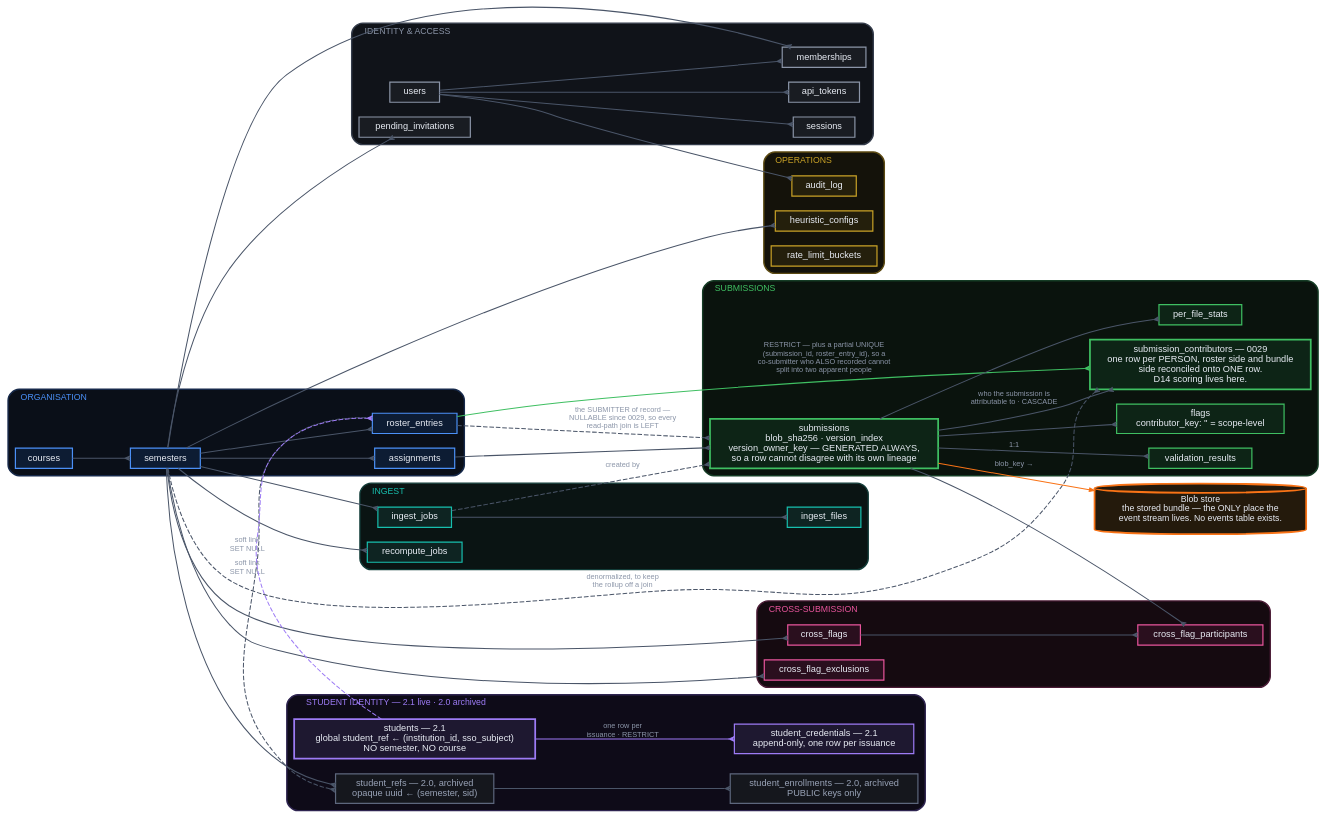
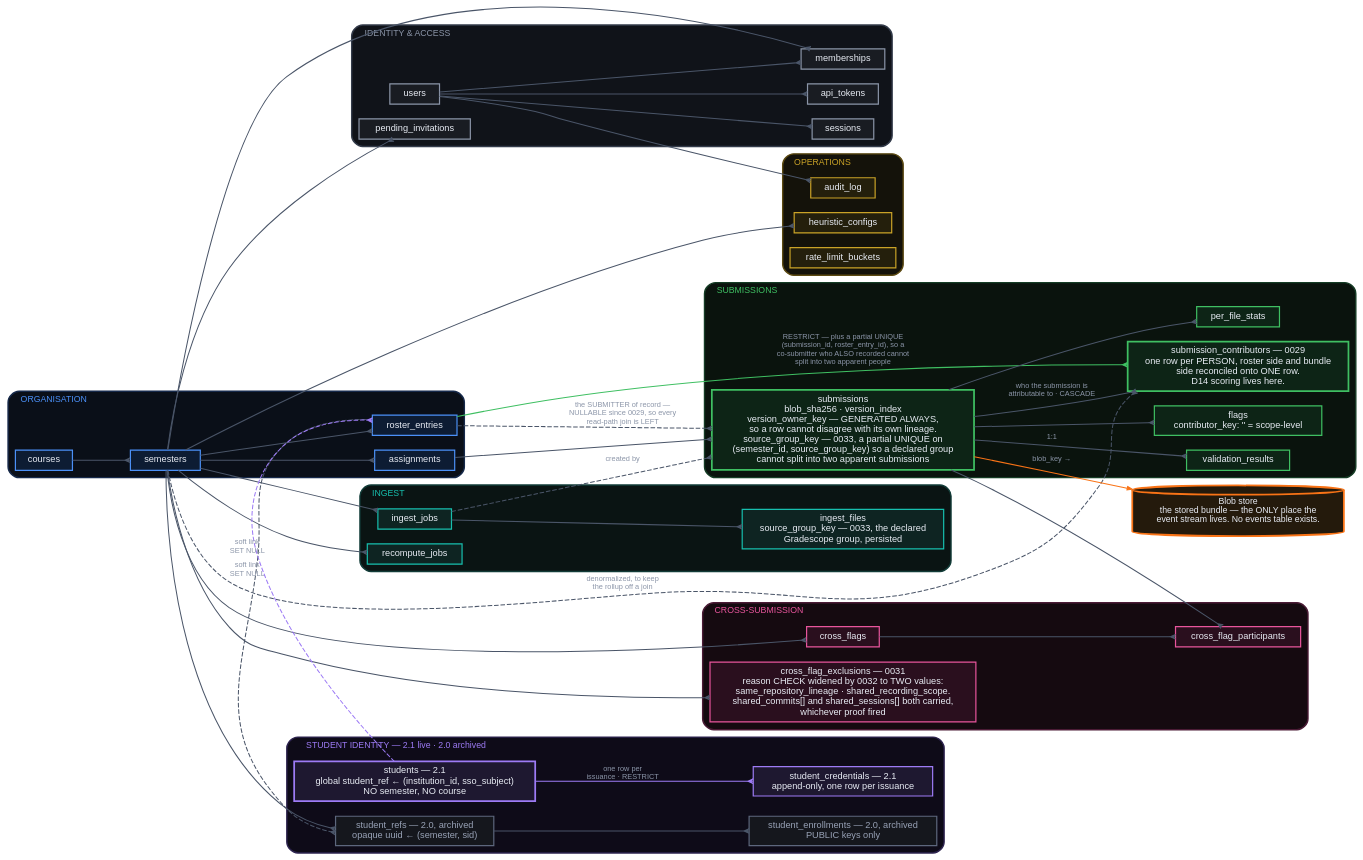
Before and after one commit to ProvenanceTools/provenance: the diagram in tools/architecture/dot/er.dot, drawn with Graphviz. The commit also changed 3 other files, not shown here.

First line of the commit message:
docs(architecture): the ER plate gains 0032's shared_sessions and 0033's source_group_key

```diff
--- a/tools/architecture/dot/er.dot
+++ b/tools/architecture/dot/er.dot
@@ -1,117 +1,117 @@
 digraph er {
   bgcolor="transparent" rankdir=LR splines=spline compound=true
   nodesep=0.22 ranksep=0.85 fontname="Helvetica"
   node [shape=box style="filled" fontname="Helvetica" fontsize=10
         fontcolor="#e8ecf4" fillcolor="#161b26" color="#3a4457" penwidth=1.3
         margin="0.16,0.07" height=0.30]
   edge [fontname="Helvetica" fontsize=8 fontcolor="#8b95a8"
         color="#4a5568" arrowsize=0.55 penwidth=1.1 arrowhead=crow arrowtail=none dir=forward]
 
   subgraph cluster_id {
     label="  IDENTITY & ACCESS  " fontsize=9.5 fontcolor="#8b95a8" color="#333b4a"
     penwidth=1.5 style=rounded bgcolor="#101319" labeljust="l"
     node [fillcolor="#191c22" color="#8b95a8"]
     users     [label="users"]
     sessions  [label="sessions"]
     api_tokens[label="api_tokens"]
     memberships[label="memberships"]
     pending   [label="pending_invitations"]
   }
 
   subgraph cluster_org {
     label="  ORGANISATION  " fontsize=9.5 fontcolor="#4b90f7" color="#16294a"
     penwidth=1.5 style=rounded bgcolor="#0a0f18" labeljust="l"
     node [fillcolor="#0d1c33" color="#4b90f7"]
     courses   [label="courses"]
     semesters [label="semesters"]
     assignments[label="assignments"]
     roster    [label="roster_entries"]
   }
 
   subgraph cluster_enroll {
     label="  STUDENT IDENTITY — 2.1 live · 2.0 archived  " fontsize=9.5
     fontcolor="#9d7bf5" color="#2e2450"
     penwidth=1.5 style=rounded bgcolor="#0e0b18" labeljust="l"
     node [fillcolor="#1e1830" color="#9d7bf5"]
     students [label="students — 2.1\nglobal student_ref ← (institution_id, sso_subject)\nNO semester, NO course" penwidth=1.9]
     scred    [label="student_credentials — 2.1\nappend-only, one row per issuance"]
     srefs  [label="student_refs — 2.0, archived\nopaque uuid ← (semester, sid)"
             fillcolor="#15171d" color="#5d677d" fontcolor="#98a2b6"]
     senr   [label="student_enrollments — 2.0, archived\nPUBLIC keys only"
             fillcolor="#15171d" color="#5d677d" fontcolor="#98a2b6"]
   }
 
   subgraph cluster_sub {
     label="  SUBMISSIONS  " fontsize=9.5 fontcolor="#3fbf62" color="#153c25"
     penwidth=1.5 style=rounded bgcolor="#0a130d" labeljust="l"
     node [fillcolor="#0d2416" color="#3fbf62"]
-    submissions[label="submissions\nblob_sha256 · version_index\nversion_owner_key — GENERATED ALWAYS,\nso a row cannot disagree with its own lineage" penwidth=1.9]
+    submissions[label="submissions\nblob_sha256 · version_index\nversion_owner_key — GENERATED ALWAYS,\nso a row cannot disagree with its own lineage.\nsource_group_key — 0033, a partial UNIQUE on\n(semester_id, source_group_key) so a declared group\ncannot split into two apparent submissions" penwidth=1.9]
     subcontrib[label="submission_contributors — 0029\none row per PERSON, roster side and bundle\nside reconciled onto ONE row.\nD14 scoring lives here." penwidth=1.9]
     stats     [label="per_file_stats"]
     valres    [label="validation_results"]
     flags     [label="flags\ncontributor_key: '' = scope-level"]
   }
 
   subgraph cluster_x {
     label="  CROSS-SUBMISSION  " fontsize=9.5 fontcolor="#e8559c" color="#4a1b35"
     penwidth=1.5 style=rounded bgcolor="#150a10" labeljust="l"
     node [fillcolor="#2a0f1e" color="#e8559c"]
     xflags    [label="cross_flags"]
     xparts    [label="cross_flag_participants"]
-    xexcl     [label="cross_flag_exclusions"]
+    xexcl     [label="cross_flag_exclusions — 0031\nreason CHECK widened by 0032 to TWO values:\nsame_repository_lineage · shared_recording_scope.\nshared_commits[] and shared_sessions[] both carried,\nwhichever proof fired"]
   }
 
   subgraph cluster_ing {
     label="  INGEST  " fontsize=9.5 fontcolor="#17bfae" color="#123c38"
     penwidth=1.5 style=rounded bgcolor="#0a1413" labeljust="l"
     node [fillcolor="#0e2422" color="#17bfae"]
     ijobs     [label="ingest_jobs"]
-    ifiles    [label="ingest_files"]
+    ifiles    [label="ingest_files\nsource_group_key — 0033, the declared\nGradescope group, persisted"]
     rjobs     [label="recompute_jobs"]
   }
 
   subgraph cluster_ops {
     label="  OPERATIONS  " fontsize=9.5 fontcolor="#c9a227" color="#5c4a12"
     penwidth=1.5 style=rounded bgcolor="#14120a" labeljust="l"
     node [fillcolor="#241f0c" color="#c9a227"]
     hcfg      [label="heuristic_configs"]
     audit     [label="audit_log"]
     rate      [label="rate_limit_buckets"]
   }
 
   blobstore [label="Blob store\nthe stored bundle — the ONLY place the\nevent stream lives. No events table exists."
              shape=cylinder fillcolor="#241a0c" color="#F97316" fontsize=9.5 penwidth=1.9]
 
   users -> sessions
   users -> api_tokens
   users -> memberships
   courses -> semesters
   semesters -> memberships
   semesters -> assignments
   semesters -> roster
   semesters -> pending
   semesters -> hcfg
   semesters -> xexcl
   semesters -> ijobs
   assignments -> submissions
   roster -> submissions [label="the SUBMITTER of record —\nNULLABLE since 0029, so every\nread-path join is LEFT" style=dashed]
   submissions -> subcontrib [label="who the submission is\nattributable to · CASCADE"]
   roster -> subcontrib [label="RESTRICT — plus a partial UNIQUE\n(submission_id, roster_entry_id), so a\nco-submitter who ALSO recorded cannot\nsplit into two apparent people" color="#3fbf62"]
   semesters -> subcontrib [label="denormalized, to keep\nthe rollup off a join" style=dashed]
   semesters -> srefs
   roster -> srefs [label="soft link\nSET NULL" style=dashed]
   srefs -> senr
   students -> scred [label="one row per\nissuance · RESTRICT" color="#9d7bf5"]
   students -> roster [label="soft link\nSET NULL" style=dashed color="#9d7bf5"]
   submissions -> stats
   submissions -> valres  [label="1:1"]
   submissions -> flags
   submissions -> xparts
   xflags -> xparts
   semesters -> xflags
   ijobs -> ifiles
   ijobs -> submissions [label="created by" style=dashed]
   semesters -> rjobs
   users -> audit
   submissions -> blobstore [label="blob_key →" color="#F97316" arrowhead=normal]
 }
```
